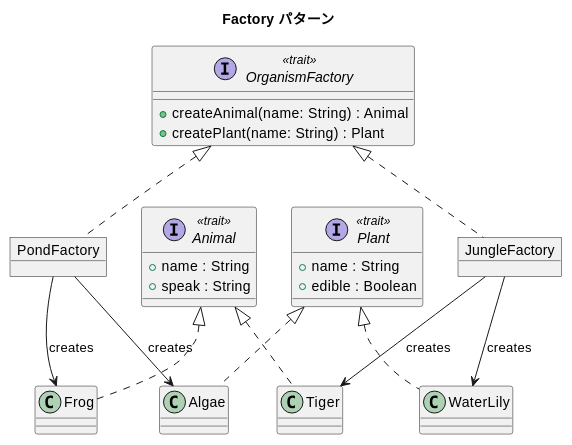
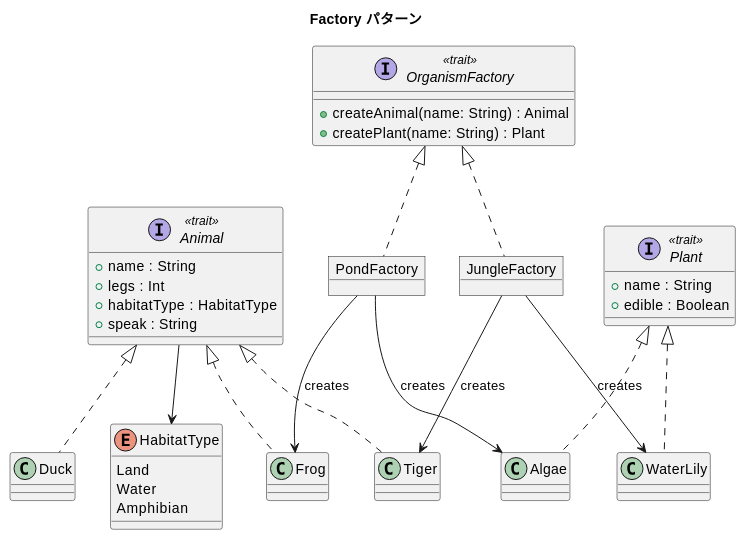
The diagram in docs/article/scala/14-factory.md (k2works/getting-started-design-pattern), drawn with PlantUML before and after one commit. The commit also changed other lines of this file and 6 other files, not shown here.

````diff
--- a/docs/article/scala/14-factory.md
+++ b/docs/article/scala/14-factory.md
@@ -13,39 +13,51 @@
 ```plantuml
 @startuml
 title Factory パターン
 
 interface OrganismFactory <<trait>> {
   + createAnimal(name: String) : Animal
   + createPlant(name: String) : Plant
 }
 
 object PondFactory
 object JungleFactory
 
 interface Animal <<trait>> {
   + name : String
+  + legs : Int
+  + habitatType : HabitatType
   + speak : String
 }
+
+enum HabitatType {
+  Land
+  Water
+  Amphibian
+}
+
+class Duck
 
 interface Plant <<trait>> {
   + name : String
   + edible : Boolean
 }
 
 class Frog
 class Tiger
 class Algae
 class WaterLily
 
 OrganismFactory <|.. PondFactory
 OrganismFactory <|.. JungleFactory
 Animal <|.. Frog
 Animal <|.. Tiger
+Animal <|.. Duck
+Animal --> HabitatType
 Plant <|.. Algae
 Plant <|.. WaterLily
 PondFactory --> Frog : creates
 PondFactory --> Algae : creates
 JungleFactory --> Tiger : creates
 JungleFactory --> WaterLily : creates
 @enduml
 ```
````
